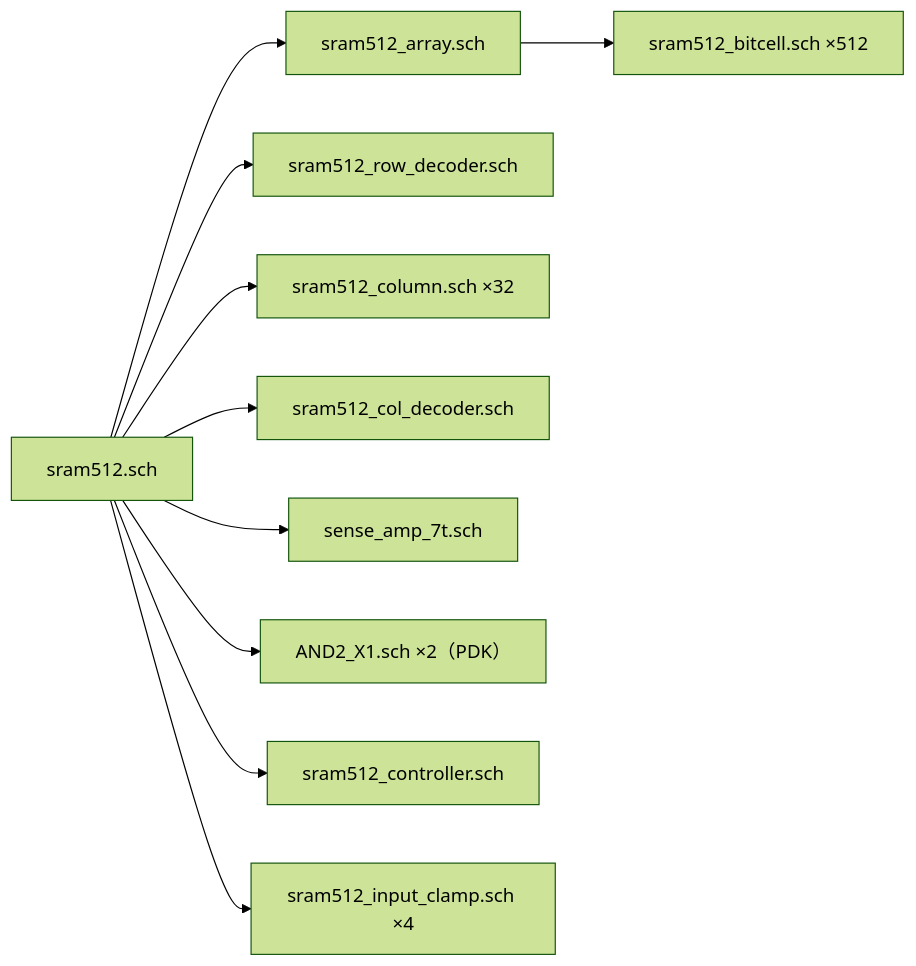
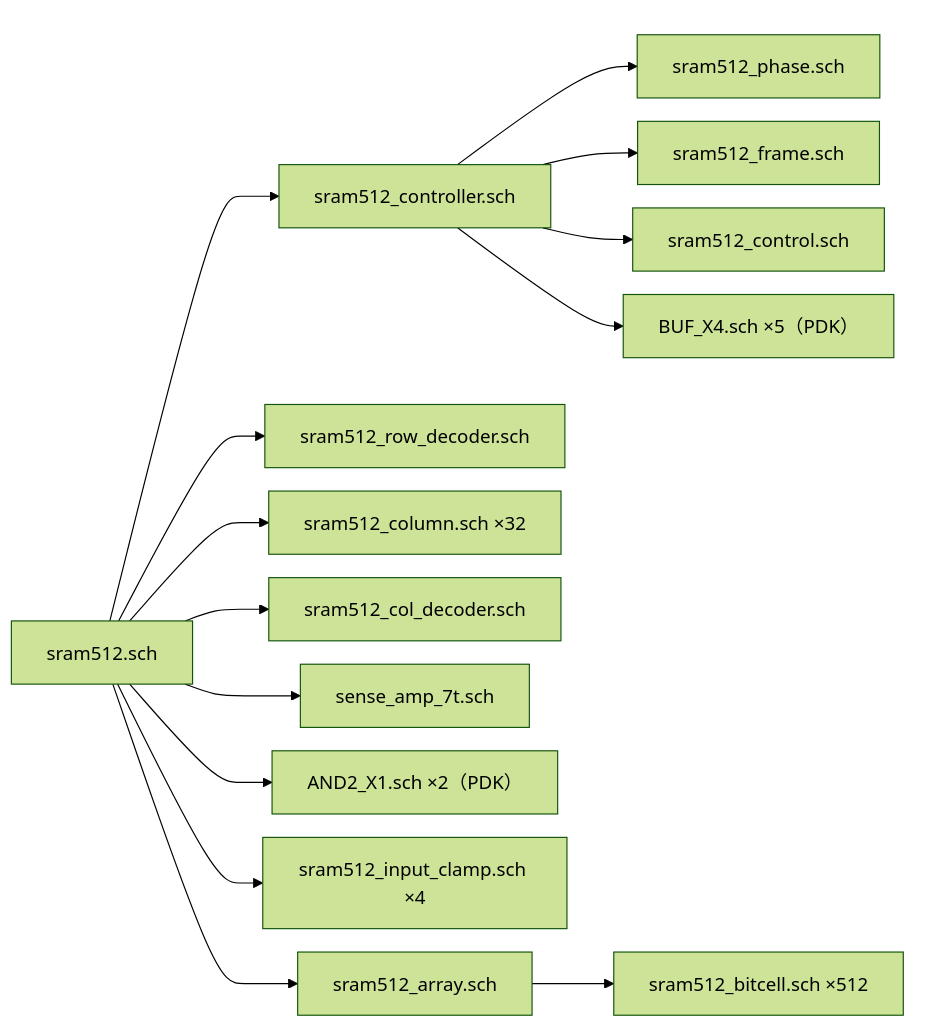
Before and after one commit to PenguinEino/opensusi-tr10-sram512: the diagram in sram512/SPEC.md, drawn with Mermaid (forest theme). The commit also changed other lines of this file and 2 other files, not shown here.

Commit message:
Include initial hand layout and unify schematic hierarchy diagram

````diff
--- a/sram512/SPEC.md
+++ b/sram512/SPEC.md
@@ -117,13 +117,22 @@
 ```mermaid
+%%{init: {"flowchart": {"nodeSpacing": 20, "rankSpacing": 40}}}%%
 flowchart LR
     top["sram512.sch"]
     top --> array["sram512_array.sch"]
     array --> bitcell["sram512_bitcell.sch ×512"]
     top --> row["sram512_row_decoder.sch"]
     top --> column["sram512_column.sch ×32"]
     top --> col["sram512_col_decoder.sch"]
     top --> sense["sense_amp_7t.sch"]
     top --> write["AND2_X1.sch ×2（PDK）"]
-    top --> controller["sram512_controller.sch"]
     top --> clamp["sram512_input_clamp.sch ×4"]
+    top --> controller
+    subgraph controller_tree[" "]
+        controller["sram512_controller.sch"]
+        controller --> phase["sram512_phase.sch"]
+        controller --> frame["sram512_frame.sch"]
+        controller --> control["sram512_control.sch"]
+        controller --> buffers["BUF_X4.sch ×5（PDK）"]
+    end
+    style controller_tree fill:none,stroke:none
 ```
````
